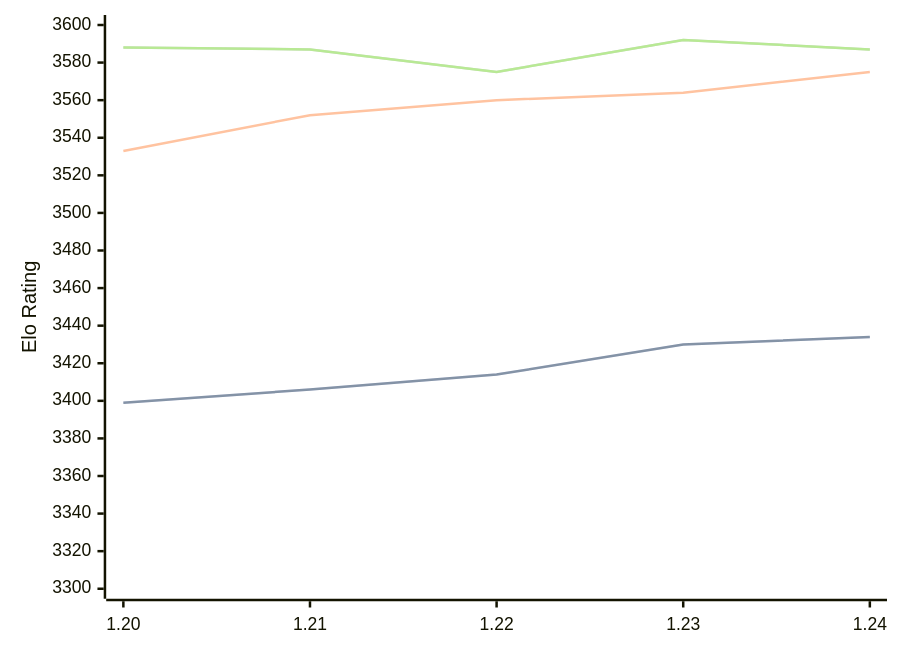
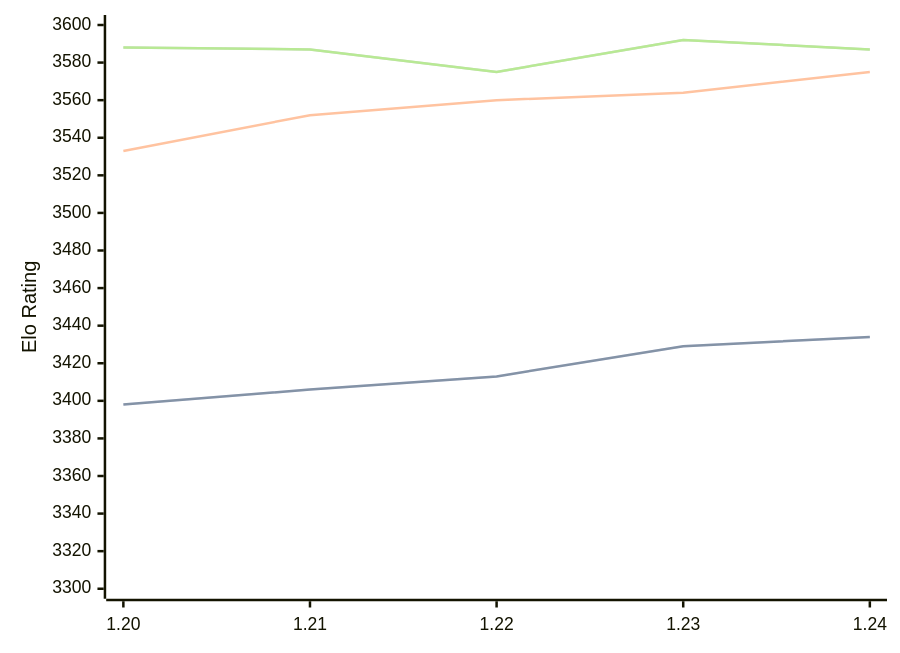
One commit to computer-chess-index/cci changed the diagram in engines/Caissa.md. Above: the diagram before and after it, drawn with Mermaid. The commit also changed other lines of this file, not shown here.

````diff
--- a/engines/Caissa.md
+++ b/engines/Caissa.md
@@ -62,11 +62,11 @@
 ```mermaid
 %%{init: {"theme":"base","themeVariables":{"seriesColors:['#a3a3a3','#222221','#faa371']}}}%%
 xychart-beta
   x-axis ["1.20", "1.21", "1.22", "1.23", "1.24"]
   y-axis "Elo Rating" 3300 --> 3600
-  line "STC (8.0+0.08s)" [3399, 3406, 3414, 3430, 3434]
-  line "STC (8.0+0.08s)" [3399, 3406, 3414, 3430, 3434]
+  line "STC (8.0+0.08s)" [3398, 3406, 3413, 3429, 3434]
+  line "STC (8.0+0.08s)" [3398, 3406, 3413, 3429, 3434]
   line "LTC (60.0+0.60s)" [3533, 3552, 3560, 3564, 3575]
   line "VLTC (2m24s+1.12s)" [3588, 3587, 3575, 3592, 3587]
   line "VLTC (2m24s+1.12s)" [3588, 3587, 3575, 3592, 3587]
 ```
````
